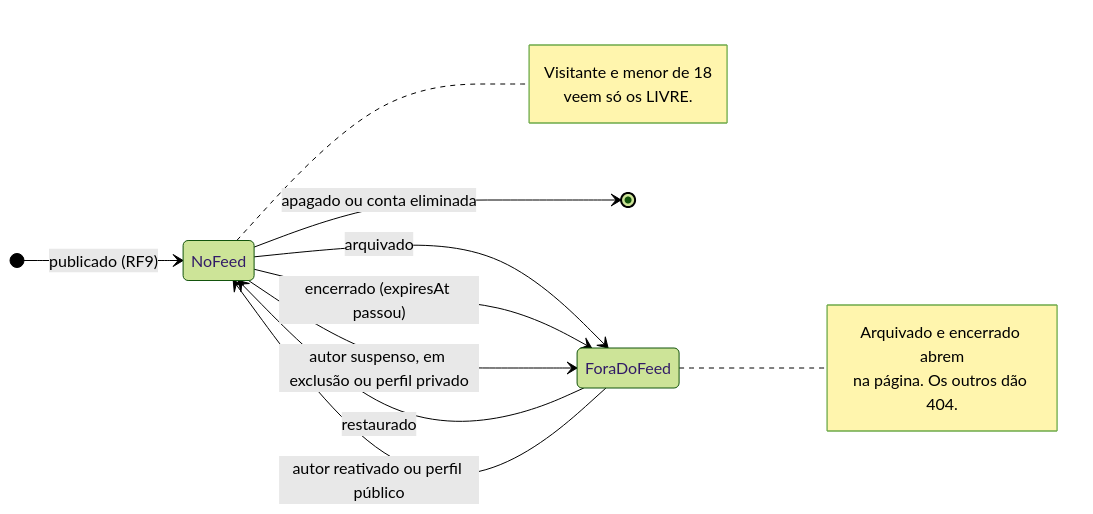
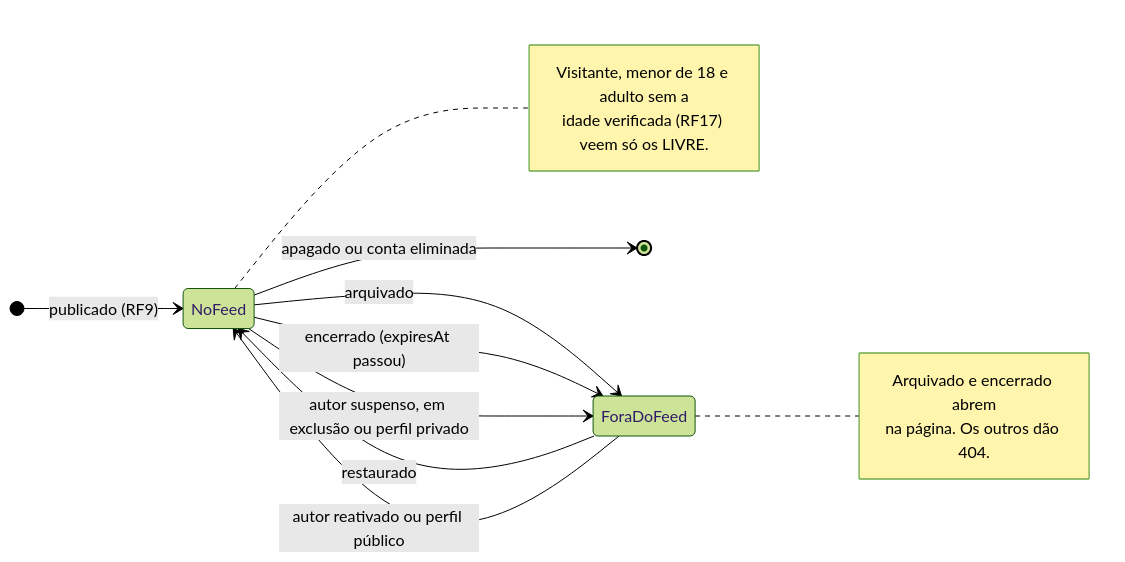
The first of 2 diagrams in docs/RF14/estados.md (MatheusHaliski/Friendly-Eats), drawn with Mermaid (forest theme) before and after one commit. The commit also changed 71 other files, not shown here.

````diff
--- a/docs/RF14/estados.md
+++ b/docs/RF14/estados.md
@@ -5,19 +5,19 @@
 ```mermaid
 stateDiagram-v2
     direction LR
     [*] --> NoFeed : publicado (RF9)
     NoFeed --> ForaDoFeed : arquivado
     ForaDoFeed --> NoFeed : restaurado
     NoFeed --> ForaDoFeed : encerrado (expiresAt passou)
     NoFeed --> ForaDoFeed : autor suspenso, em exclusão ou perfil privado
     ForaDoFeed --> NoFeed : autor reativado ou perfil público
     NoFeed --> [*] : apagado ou conta eliminada
     note right of NoFeed
-        Visitante e menor de 18
-        veem só os LIVRE.
+        Visitante, menor de 18 e adulto sem a
+        idade verificada (RF17) veem só os LIVRE.
     end note
     note right of ForaDoFeed
         Arquivado e encerrado abrem
         na página. Os outros dão 404.
     end note
 ```
````
